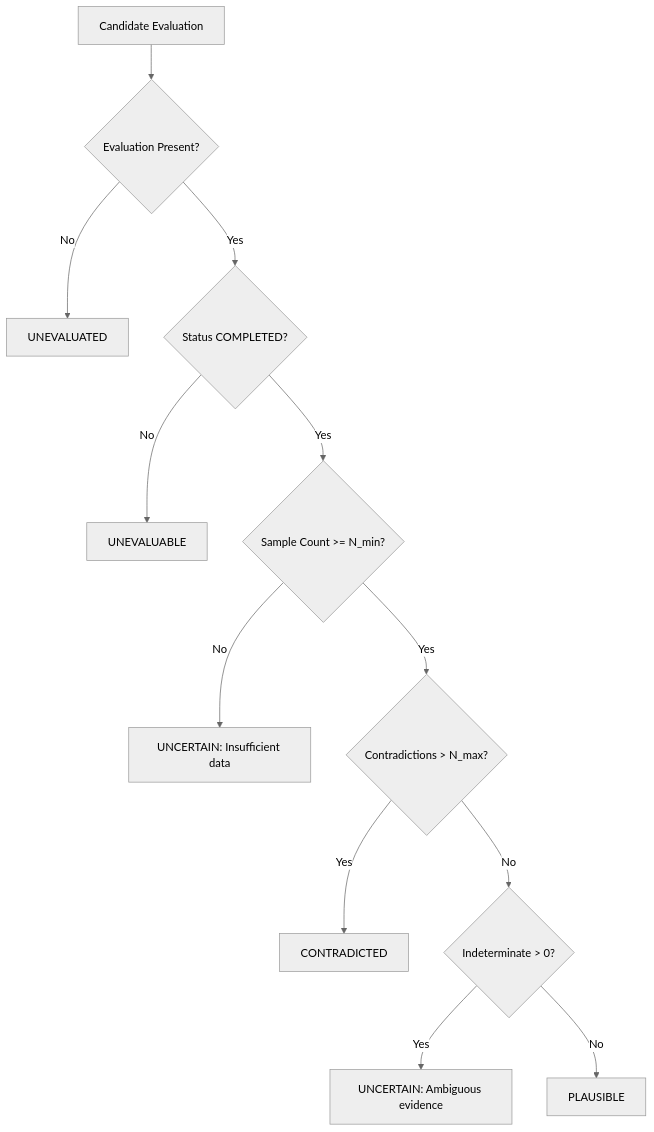
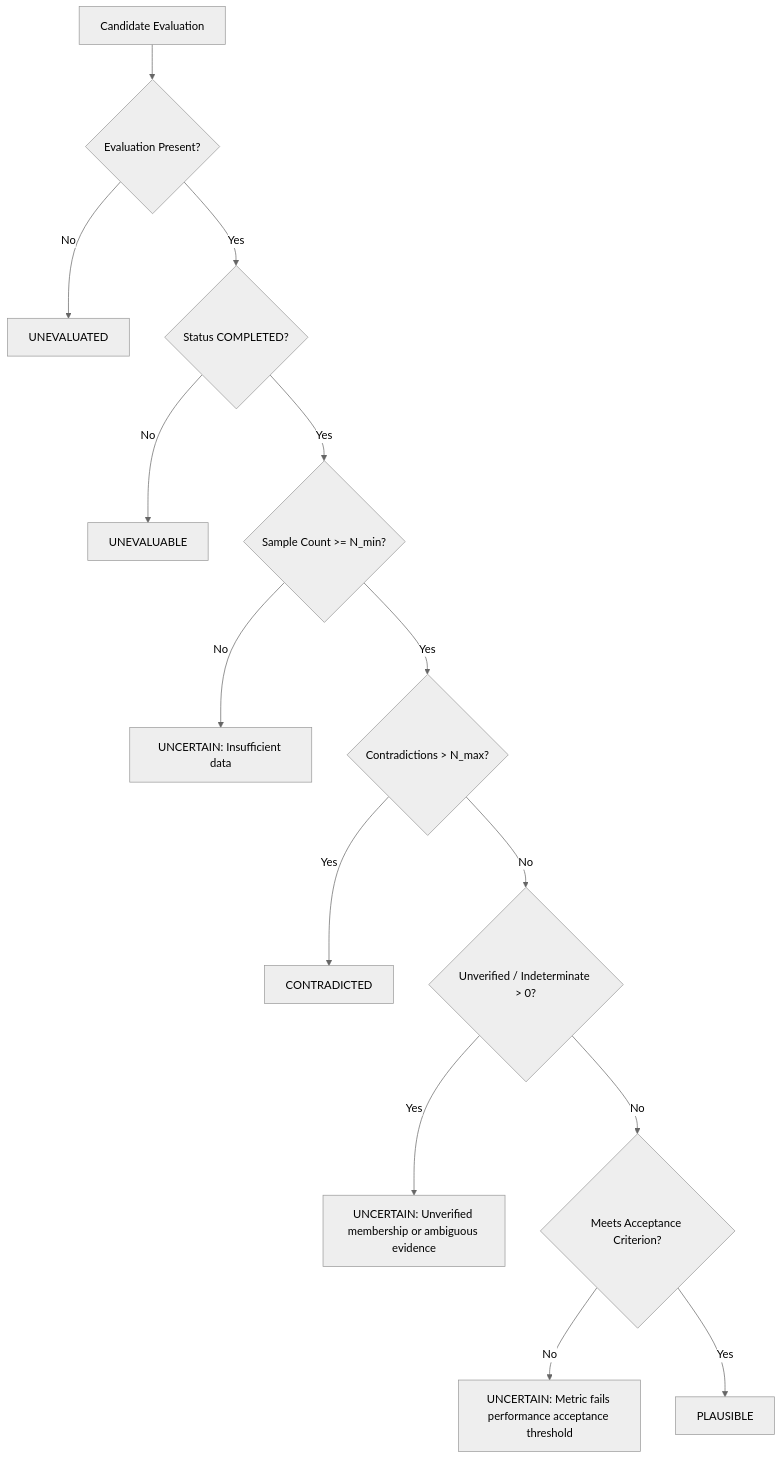
The diagram in docs/ranking-and-evidence.md (1919-14/CLARITY), drawn with Mermaid (neutral theme) before and after one commit. The commit also changed other lines of this file and 4 other files, not shown here.

````diff
--- a/docs/ranking-and-evidence.md
+++ b/docs/ranking-and-evidence.md
@@ -76,14 +76,16 @@
 ```mermaid
 graph TD
     A[Candidate Evaluation] --> B{Evaluation Present?}
     B -- No --> C[UNEVALUATED]
     B -- Yes --> D{Status COMPLETED?}
     D -- No --> E[UNEVALUABLE]
     D -- Yes --> F{Sample Count >= N_min?}
     F -- No --> G[UNCERTAIN: Insufficient data]
     F -- Yes --> H{Contradictions > N_max?}
     H -- Yes --> I[CONTRADICTED]
-    H -- No --> J{Indeterminate > 0?}
-    J -- Yes --> K[UNCERTAIN: Ambiguous evidence]
-    J -- No --> L[PLAUSIBLE]
+    H -- No --> J{Unverified / Indeterminate > 0?}
+    J -- Yes --> K[UNCERTAIN: Unverified membership or ambiguous evidence]
+    J -- No --> L{Meets Acceptance Criterion?}
+    L -- No --> M[UNCERTAIN: Metric fails performance acceptance threshold]
+    L -- Yes --> N[PLAUSIBLE]
 ```
````
